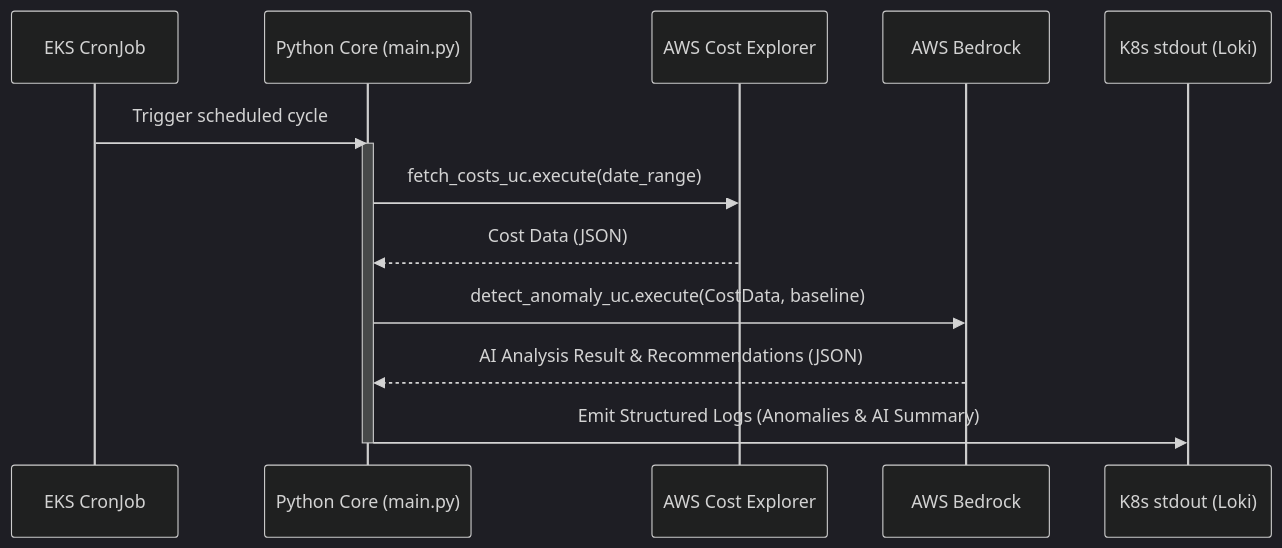
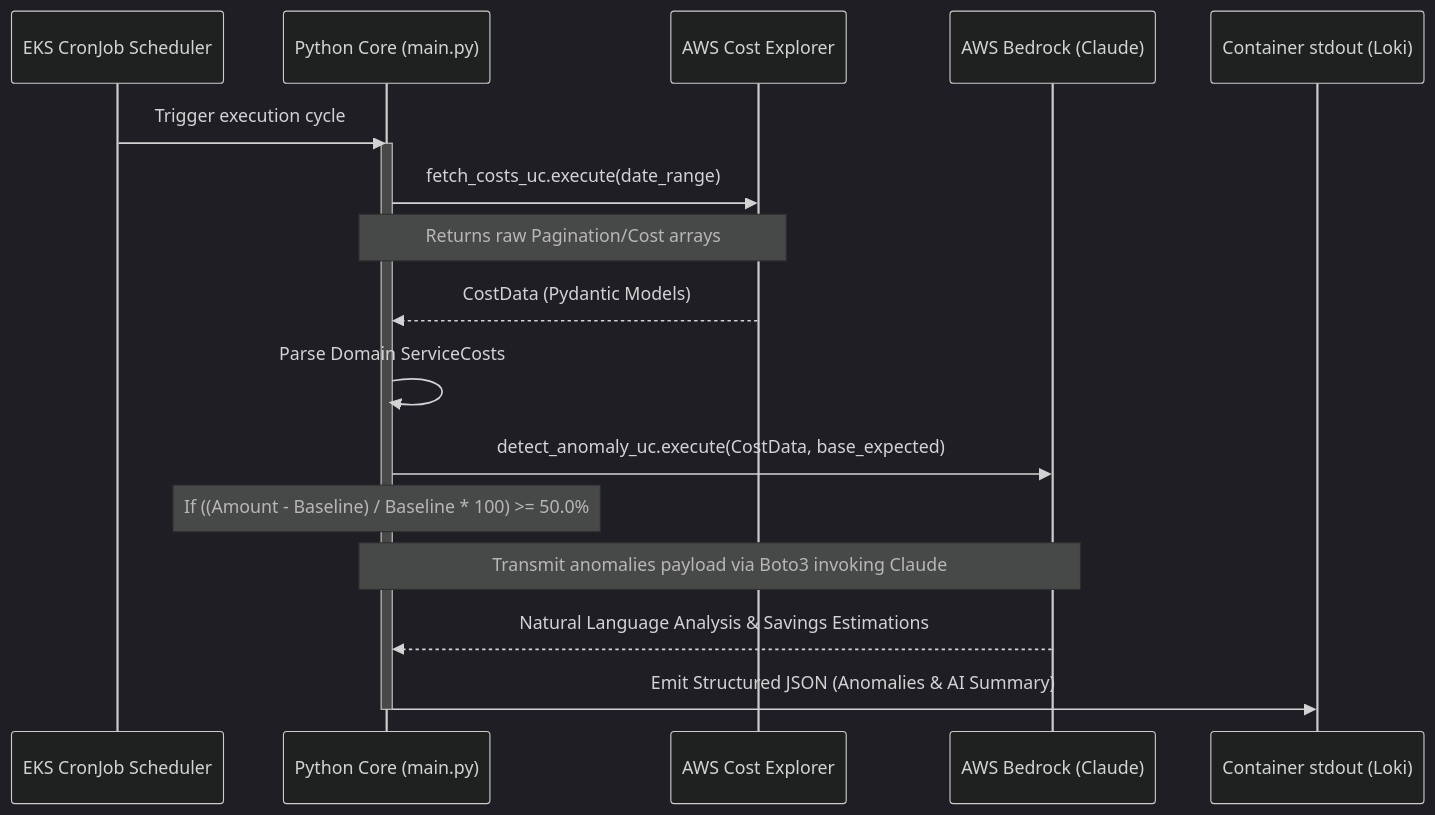
One commit to Franklin-Osede/CloudSense changed the second of 2 diagrams in README.md. Above: the diagram before and after it, drawn with Mermaid (dark theme). The commit also changed other lines of this file, not shown here.

Commit message:
docs: Rewrite README with extensive technical and architecture details

````diff
--- a/README.md
+++ b/README.md
@@ -72,17 +78,23 @@
 ```mermaid
 sequenceDiagram
-    participant K8s as EKS CronJob
+    participant K8s as EKS CronJob Scheduler
     participant Main as Python Core (main.py)
     participant CE as AWS Cost Explorer
-    participant Claude as AWS Bedrock
-    participant Loki as K8s stdout (Loki)
+    participant Claude as AWS Bedrock (Claude)
+    participant Loki as Container stdout (Loki)
     
-    K8s->>Main: Trigger scheduled cycle
+    K8s->>Main: Trigger execution cycle
     activate Main
     Main->>CE: fetch_costs_uc.execute(date_range)
-    CE-->>Main: Cost Data (JSON)
-    Main->>Claude: detect_anomaly_uc.execute(CostData, baseline)
-    Claude-->>Main: AI Analysis Result & Recommendations (JSON)
-    Main->>Loki: Emit Structured Logs (Anomalies & AI Summary)
+    Note over CE,Main: Returns raw Pagination/Cost arrays
+    CE-->>Main: CostData (Pydantic Models)
+    
+    Main->>Main: Parse Domain ServiceCosts
+    Main->>Claude: detect_anomaly_uc.execute(CostData, base_expected)
+    Note over Main: If ((Amount - Baseline) / Baseline * 100) >= 50.0%
+    Note over Main,Claude: Transmit anomalies payload via Boto3 invoking Claude
+    Claude-->>Main: Natural Language Analysis & Savings Estimations
+    
+    Main->>Loki: Emit Structured JSON (Anomalies & AI Summary)
     deactivate Main
 ```
````
